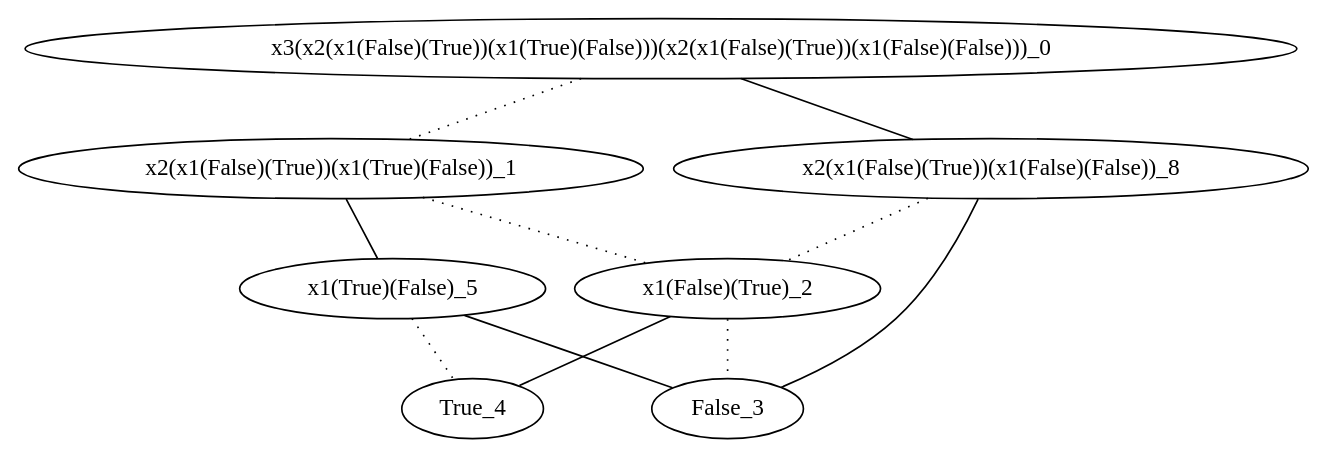
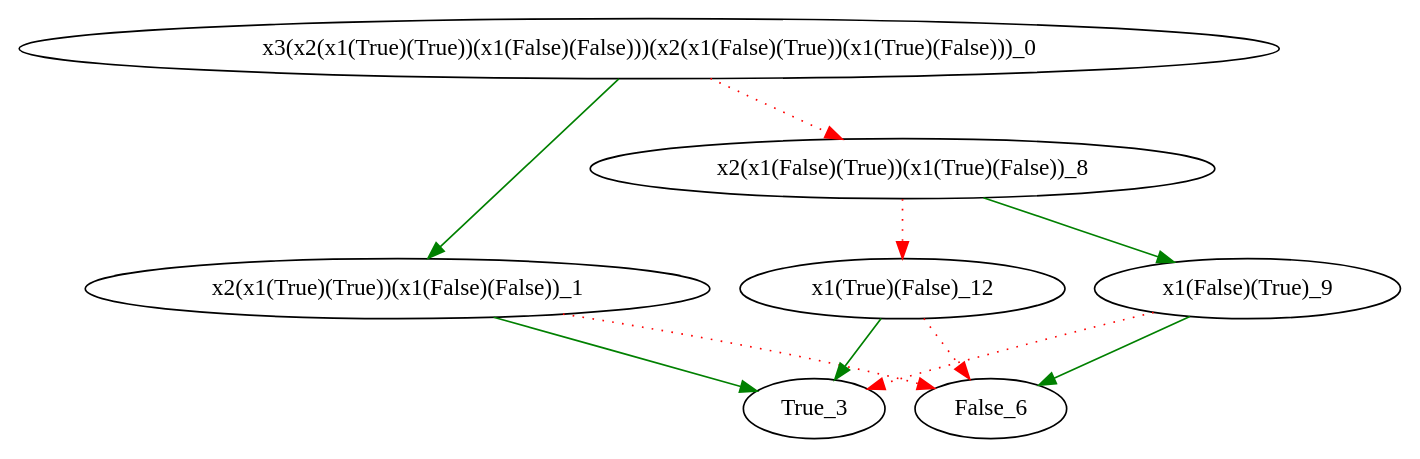
The diagram in graphe.dot (Daniel-Sima/Projet_ALGAV), drawn with Graphviz before and after one commit. The commit also changed 21 other files, not shown here.

```diff
--- a/graphe.dot
+++ b/graphe.dot
@@ -1,12 +1,12 @@
-graph {
-	"x3(x2(x1(False)(True))(x1(True)(False)))(x2(x1(False)(True))(x1(False)(False)))_0" -- "x2(x1(False)(True))(x1(True)(False))_1"[style="dotted"];
-	"x2(x1(False)(True))(x1(True)(False))_1" -- "x1(False)(True)_2"[style="dotted"];
-	"x1(False)(True)_2" -- "False_3"[style="dotted"];
-	"x1(False)(True)_2" -- "True_4";
-	"x2(x1(False)(True))(x1(True)(False))_1" -- "x1(True)(False)_5";
-	"x1(True)(False)_5" -- "True_4"[style="dotted"];
-	"x1(True)(False)_5" -- "False_3";
-	"x3(x2(x1(False)(True))(x1(True)(False)))(x2(x1(False)(True))(x1(False)(False)))_0" -- "x2(x1(False)(True))(x1(False)(False))_8";
-	"x2(x1(False)(True))(x1(False)(False))_8" -- "x1(False)(True)_2"[style="dotted"];
-	"x2(x1(False)(True))(x1(False)(False))_8" -- "False_3";
+digraph {
+	"x3(x2(x1(True)(True))(x1(False)(False)))(x2(x1(False)(True))(x1(True)(False)))_0" -> "x2(x1(True)(True))(x1(False)(False))_1"[color="green"];
+	"x2(x1(True)(True))(x1(False)(False))_1" -> "True_3"[color="green"];
+	"x2(x1(True)(True))(x1(False)(False))_1" -> "False_6"[style="dotted", color="red"];
+	"x3(x2(x1(True)(True))(x1(False)(False)))(x2(x1(False)(True))(x1(True)(False)))_0" -> "x2(x1(False)(True))(x1(True)(False))_8"[style="dotted", color="red"];
+	"x2(x1(False)(True))(x1(True)(False))_8" -> "x1(False)(True)_9"[color="green"];
+	"x1(False)(True)_9" -> "False_6"[color="green"];
+	"x1(False)(True)_9" -> "True_3"[style="dotted", color="red"];
+	"x2(x1(False)(True))(x1(True)(False))_8" -> "x1(True)(False)_12"[style="dotted", color="red"];
+	"x1(True)(False)_12" -> "True_3"[color="green"];
+	"x1(True)(False)_12" -> "False_6"[style="dotted", color="red"];
 }
```
